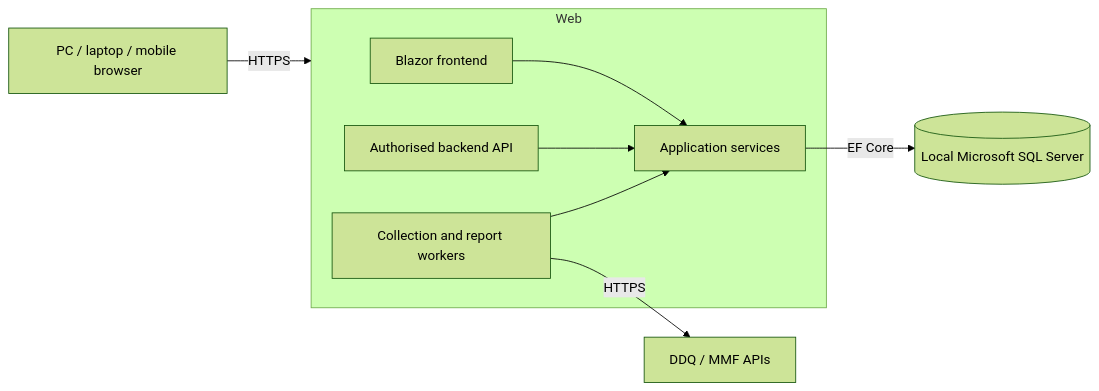
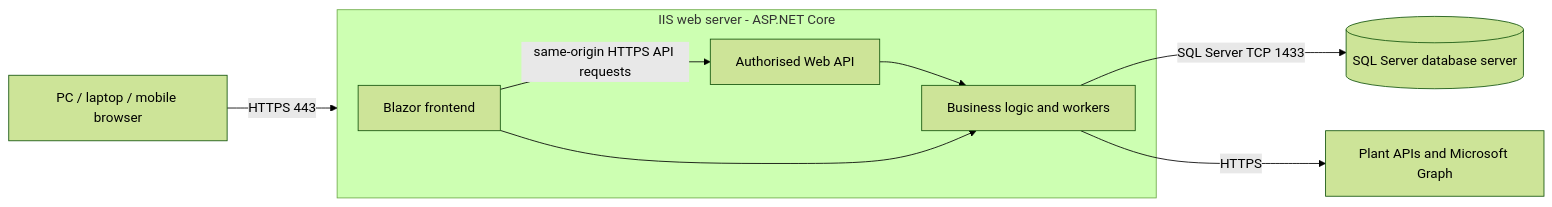
The diagram in ARCHITECTURE.md (nanarinn/webgso_system), drawn with Mermaid (forest theme) before and after one commit. The commit also changed other lines of this file and 31 other files, not shown here.

````diff
--- a/ARCHITECTURE.md
+++ b/ARCHITECTURE.md
@@ -7,14 +7,14 @@
 ```mermaid
 flowchart LR
-    User[PC / laptop / mobile browser] -->|HTTPS| Web[ASP.NET Core web host]
-    subgraph Web
+    User[PC / laptop / mobile browser] -->|HTTPS 443| IIS[IIS web server]
+    subgraph IIS[IIS web server - ASP.NET Core]
         UI[Blazor frontend]
-        API[Authorised backend API]
-        Workers[Collection and report workers]
-        UI --> Services[Application services]
-        API --> Services
-        Workers --> Services
+        API[Authorised Web API]
+        Logic[Business logic and workers]
+        UI -->|same-origin HTTPS API requests| API
+        API --> Logic
+        UI --> Logic
     end
-    Services -->|EF Core| SQL[(Local Microsoft SQL Server)]
-    Workers -->|HTTPS| External[DDQ / MMF APIs]
+    Logic -->|SQL Server TCP 1433| SQL[(SQL Server database server)]
+    Logic -->|HTTPS| External[Plant APIs and Microsoft Graph]
 ```
````
